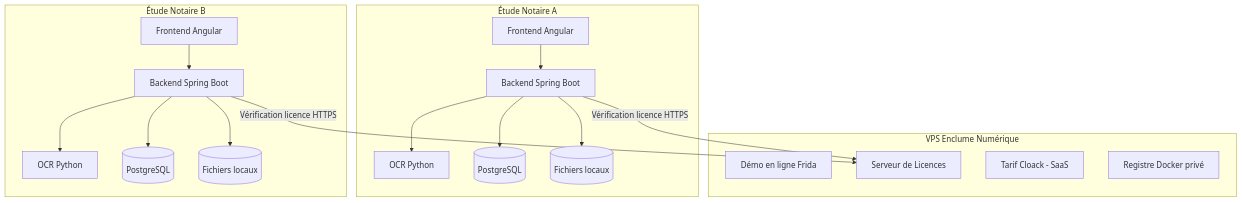
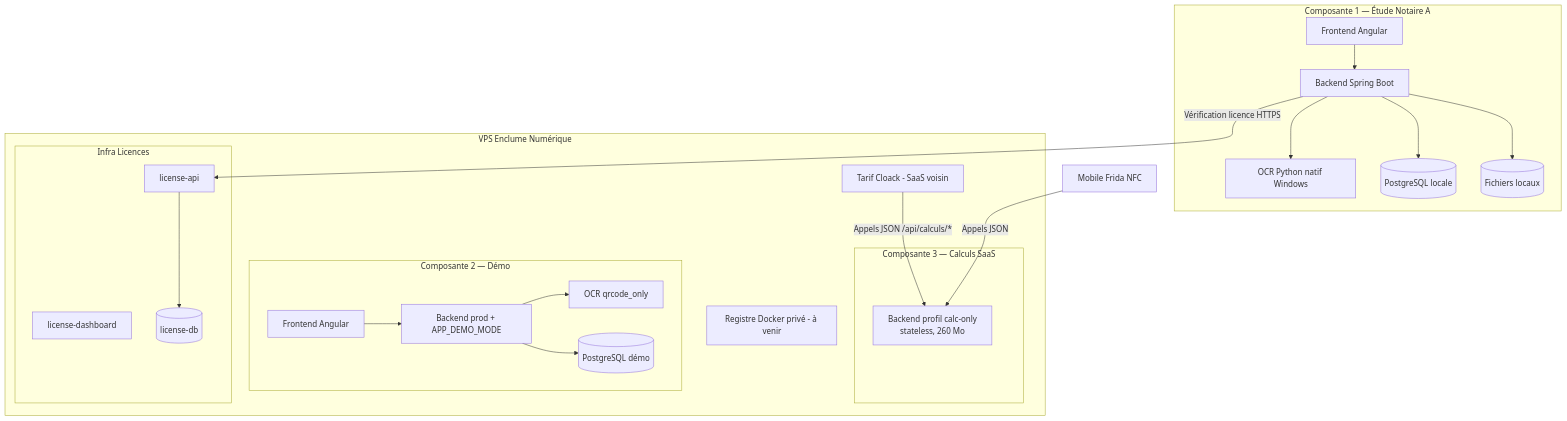
The diagram in docs/architecture/architecture_saas_frida.md (hamohand/frida-micros-racine), drawn with Mermaid before and after one commit. The commit also changed other lines of this file and 1 other file, not shown here.

First line of the commit message:
docs: mise à jour CLAUDE.md et architecture_saas_frida.md pour les 3 composantes

````diff
--- a/docs/architecture/architecture_saas_frida.md
+++ b/docs/architecture/architecture_saas_frida.md
@@ -11,36 +17,44 @@
 ```mermaid
 graph TB
-    subgraph notaire1["Étude Notaire A"]
+    subgraph notaire1["Composante 1 — Étude Notaire A"]
         F1[Frontend Angular]
         B1[Backend Spring Boot]
-        O1[OCR Python]
-        DB1[(PostgreSQL)]
+        O1[OCR Python natif Windows]
+        DB1[(PostgreSQL locale)]
         FS1[(Fichiers locaux)]
         F1 --> B1
         B1 --> O1
         B1 --> DB1
         B1 --> FS1
     end
 
-    subgraph notaire2["Étude Notaire B"]
-        F2[Frontend Angular]
-        B2[Backend Spring Boot]
-        O2[OCR Python]
-        DB2[(PostgreSQL)]
-        FS2[(Fichiers locaux)]
-        F2 --> B2
-        B2 --> O2
-        B2 --> DB2
-        B2 --> FS2
+    subgraph vps["VPS Enclume Numérique"]
+        subgraph c2["Composante 2 — Démo"]
+            DEMO_F[Frontend Angular]
+            DEMO_B[Backend prod + APP_DEMO_MODE]
+            DEMO_OCR[OCR qrcode_only]
+            DEMO_DB[(PostgreSQL démo)]
+            DEMO_F --> DEMO_B
+            DEMO_B --> DEMO_OCR
+            DEMO_B --> DEMO_DB
+        end
+
+        subgraph c3["Composante 3 — Calculs SaaS"]
+            CALC[Backend profil calc-only<br/>stateless, 260 Mo]
+        end
+
+        subgraph licinfra["Infra Licences"]
+            LIC_API[license-api]
+            LIC_DASH[license-dashboard]
+            LIC_DB[(license-db)]
+            LIC_API --> LIC_DB
+        end
+
+        TC[Tarif Cloack - SaaS voisin]
+        REG[Registre Docker privé - à venir]
     end
 
-    subgraph vps["VPS Enclume Numérique"]
-        DEMO[Démo en ligne Frida]
-        LIC[Serveur de Licences]
-        TC[Tarif Cloack - SaaS]
-        REG[Registre Docker privé]
-    end
-
-    B1 -- "Vérification licence HTTPS" --> LIC
-    B2 -- "Vérification licence HTTPS" --> LIC
+    B1 -- "Vérification licence HTTPS" --> LIC_API
+    TC -- "Appels JSON /api/calculs/*" --> CALC
+    MOBILE[Mobile Frida NFC] -- "Appels JSON" --> CALC
 ```
````
